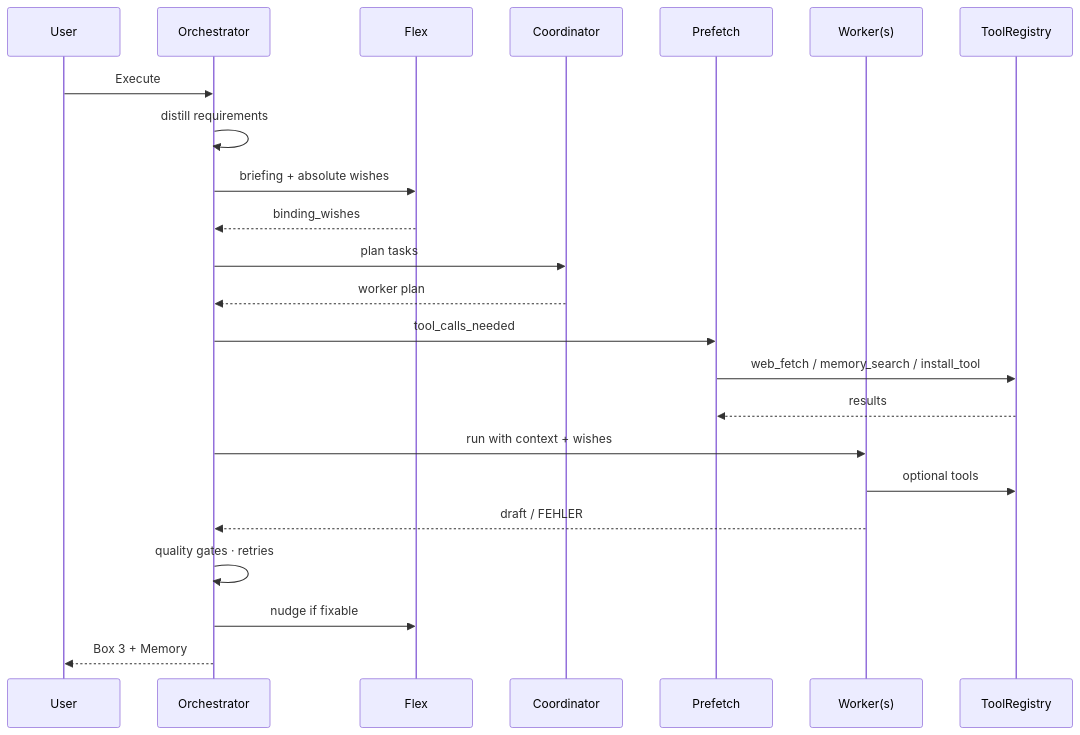
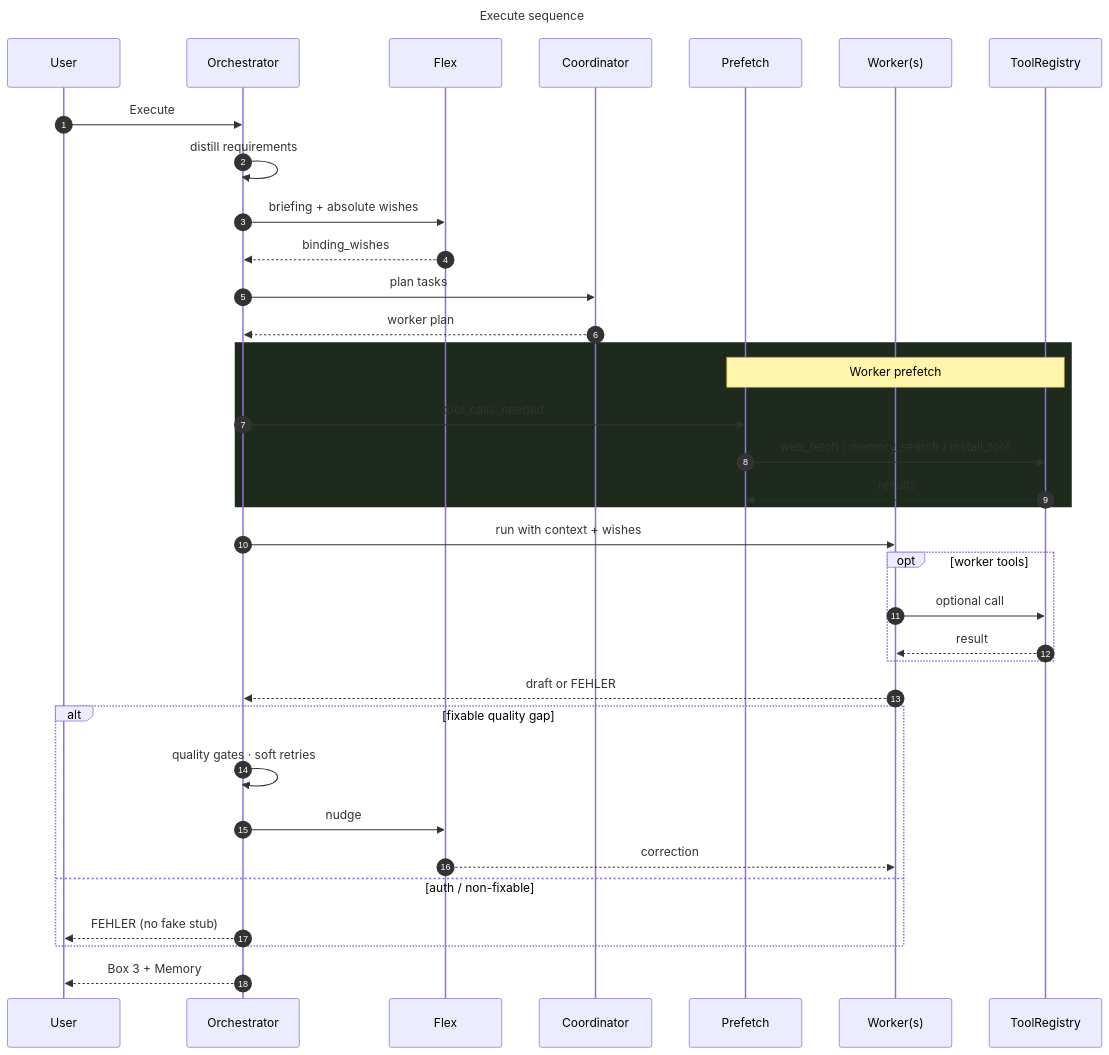
The fourth of 7 diagrams in docs/ARCHITECTURE.md (landjunge/gnom-hub-v1), drawn with Mermaid before and after one commit. The commit also changed other lines of this file and 3 other files, not shown here.

First line of the commit message:
docs: deepen Mermaid syntax (state, sequence, classDef, guide)

````diff
--- a/docs/ARCHITECTURE.md
+++ b/docs/ARCHITECTURE.md
@@ -92,26 +133,44 @@
 ```mermaid
+---
+title: Execute sequence
+---
 sequenceDiagram
+  autonumber
   participant U as User
   participant O as Orchestrator
   participant F as Flex
   participant C as Coordinator
   participant P as Prefetch
   participant W as Worker(s)
   participant T as ToolRegistry
 
   U->>O: Execute
   O->>O: distill requirements
   O->>F: briefing + absolute wishes
   F-->>O: binding_wishes
   O->>C: plan tasks
   C-->>O: worker plan
-  O->>P: tool_calls_needed
-  P->>T: web_fetch / memory_search / install_tool
-  T-->>P: results
+
+  rect rgb(30, 42, 30)
+    Note over P,T: Worker prefetch
+    O->>P: tool_calls_needed
+    P->>T: web_fetch / memory_search / install_tool
+    T-->>P: results
+  end
+
   O->>W: run with context + wishes
-  W->>T: optional tools
-  W-->>O: draft / FEHLER
-  O->>O: quality gates · retries
-  O->>F: nudge if fixable
+  opt worker tools
+    W->>T: optional call
+    T-->>W: result
+  end
+  W-->>O: draft or FEHLER
+
+  alt fixable quality gap
+    O->>O: quality gates · soft retries
+    O->>F: nudge
+    F-->>W: correction
+  else auth / non-fixable
+    O-->>U: FEHLER (no fake stub)
+  end
   O-->>U: Box 3 + Memory
 ```
````
